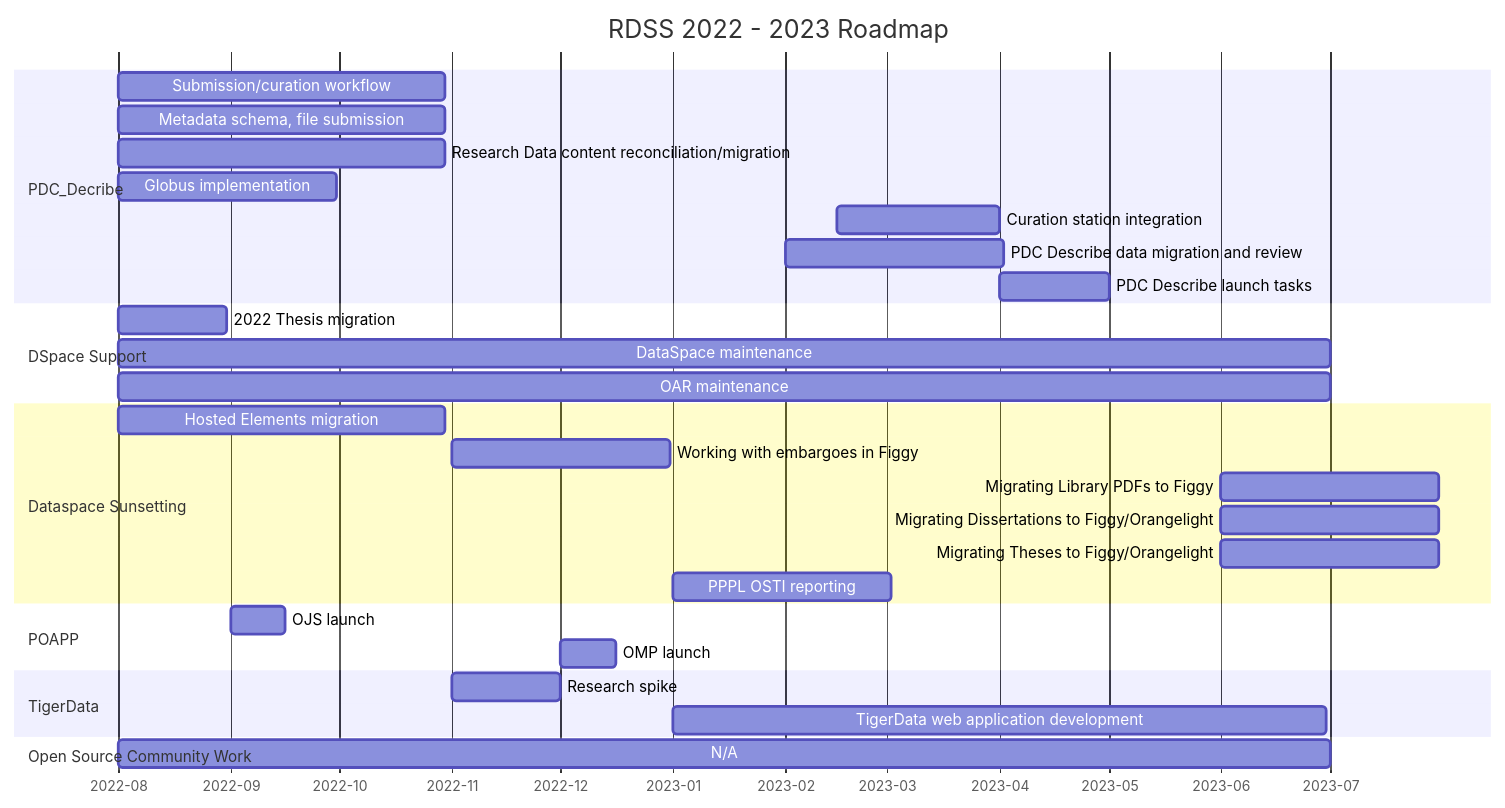
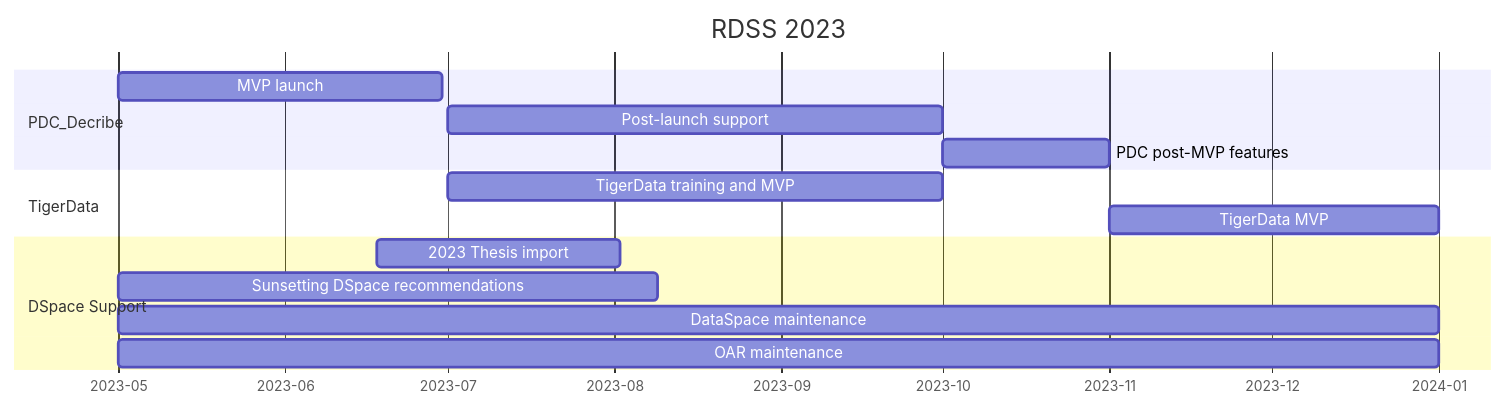
One commit to pulibrary/rdss-handbook changed the first of 20 diagrams in roadmap.md. Above: the diagram before and after it, drawn with Mermaid.

Commit message:
Added revised roadmap

````diff
--- a/roadmap.md
+++ b/roadmap.md
@@ -5,33 +5,18 @@
 ```mermaid
 gantt
-    title RDSS 2022 - 2023 Roadmap
+    title RDSS 2023
     axisFormat  %Y-%m
     dateformat YYYY-MM
     section PDC_Decribe
-    Submission/curation workflow: pd1, 2022-08-01, 90d
-    Metadata schema, file submission: pd2, 2022-08-01, 90d
-    Research Data content reconciliation/migration: pd3, 2022-08-01, 90d
-    Globus implementation: pd4, 2022-08-01, 60d
-    Curation station integration: pd5, 2023-02-15, 45d
-    PDC Describe data migration and review: pd6, 2023-02-01, 60d
-    PDC Describe launch tasks: pd6, 2023-04-01, 30d
+    MVP launch: pd1,2023-05-01,60d
+    Post-launch support: pd2,2023-07-01,92d
+    PDC post-MVP features: pd3,2023-10-01,31d
+    section TigerData
+    TigerData training and MVP: td1,2023-07-01,92d
+    TigerData MVP: td2,2023-11-01,61d
     section DSpace Support
-    2022 Thesis migration: dsp1, 2022-08, 30d
-    DataSpace maintenance: dsp2, 2022-08, 2023-07
-    OAR maintenance: dsp2, 2022-08, 2023-07
-    section Dataspace Sunsetting
-    Hosted Elements migration: ds1, 2022-08-01, 90d
-    Working with embargoes in Figgy: ds2, 2022-11, 60d
-    Migrating Library PDFs to Figgy: ds3, 2023-06, 60d
-    Migrating Dissertations to Figgy/Orangelight: ds4, 2023-06, 60d
-    Migrating Theses to Figgy/Orangelight: ds5, 2023-06, 60d
-    PPPL OSTI reporting: ds6, 2023-01,60d
-    section POAPP
-    OJS launch: po1, 2022-09, 15d
-    OMP launch: po2, 2022-12, 15d
-    section TigerData
-    Research spike: td1, 2022-11, 30d
-    TigerData web application development: td2, 2023-01, 180d
-    section Open Source Community Work
-    N/A: os1, 2022-08, 2023-07
+    2023 Thesis import: dsp1,2023-06-18,45d
+    Sunsetting DSpace recommendations: dsp2,2023-05-01,100d
+    DataSpace maintenance: dsp3,2023-05-01,245d
+    OAR maintenance: dsp4,2023-05-01,245d
 ```
````
